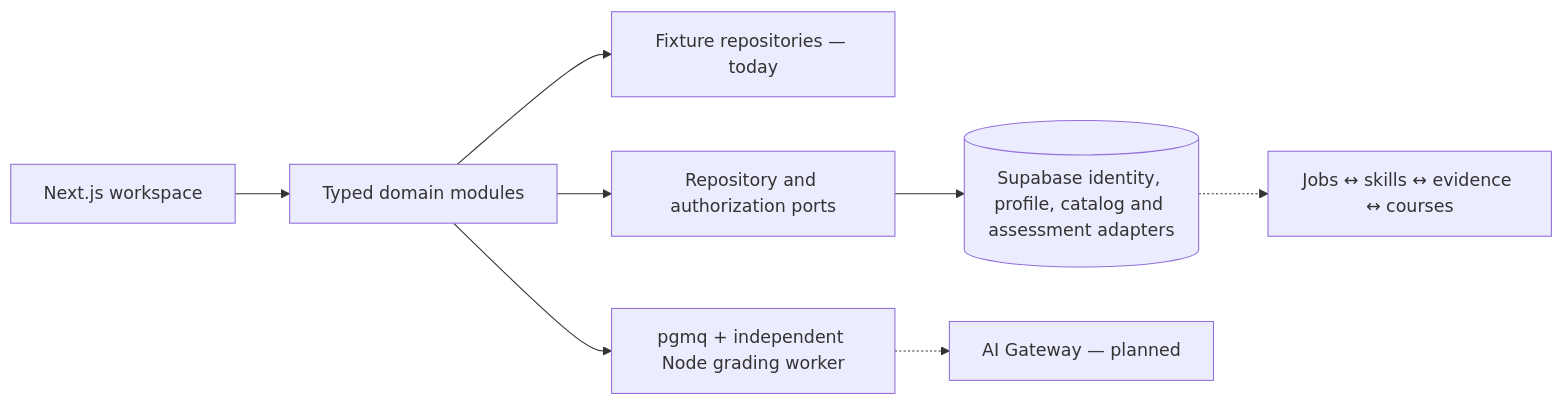
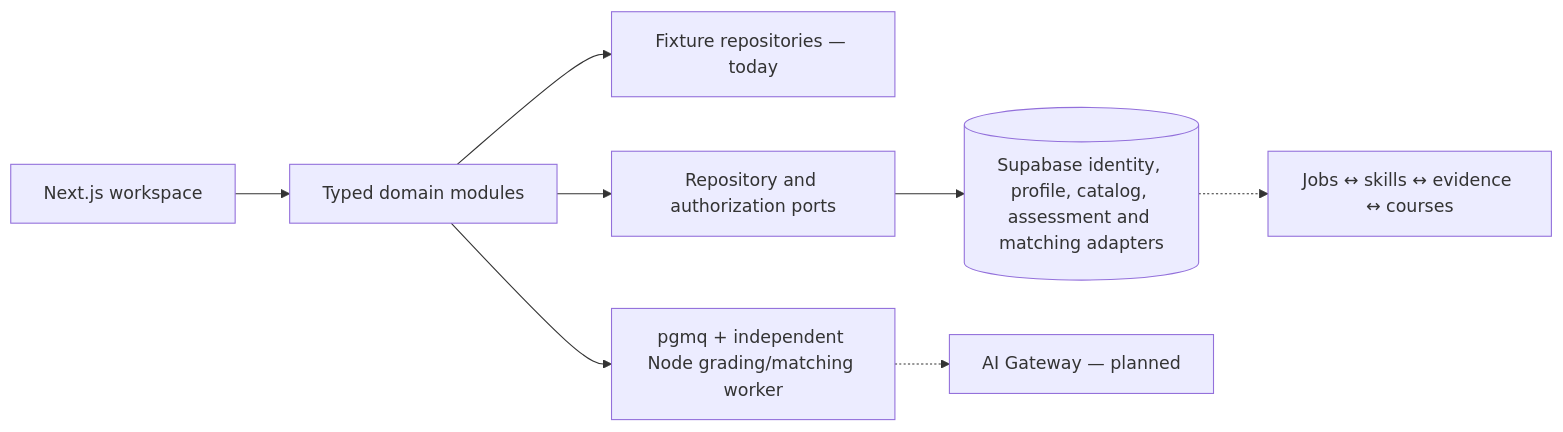
Before and after one commit to jerry1022/rolefoundry: the diagram in README.md, drawn with Mermaid. The commit also changed other lines of this file and 43 other files, not shown here.

````diff
--- a/README.md
+++ b/README.md
@@ -93,10 +94,10 @@
 ```mermaid
 flowchart LR
     UI[Next.js workspace] --> D[Typed domain modules]
     D --> F[Fixture repositories — today]
     D --> Ports[Repository and authorization ports]
-    Ports --> DB[(Supabase identity, profile, catalog and assessment adapters)]
-    D --> Q[pgmq + independent Node grading worker]
+    Ports --> DB[(Supabase identity, profile, catalog, assessment and matching adapters)]
+    D --> Q[pgmq + independent Node grading/matching worker]
     Q -.-> AI[AI Gateway — planned]
     DB -.-> S[Jobs ↔ skills ↔ evidence ↔ courses]
 ```
````
